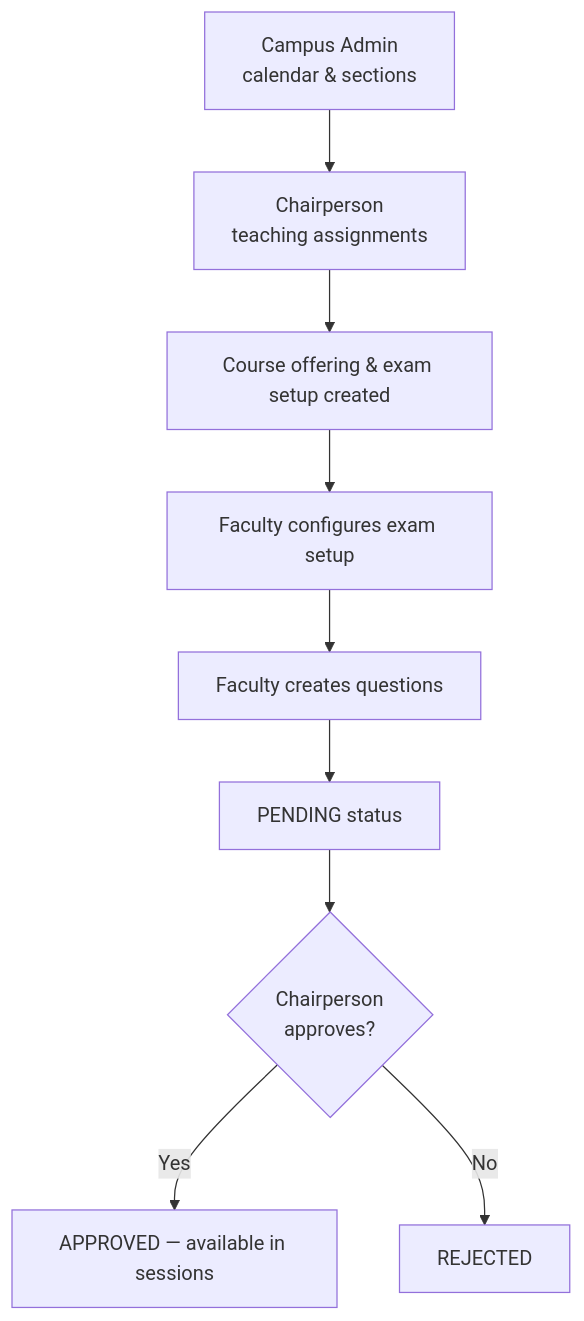
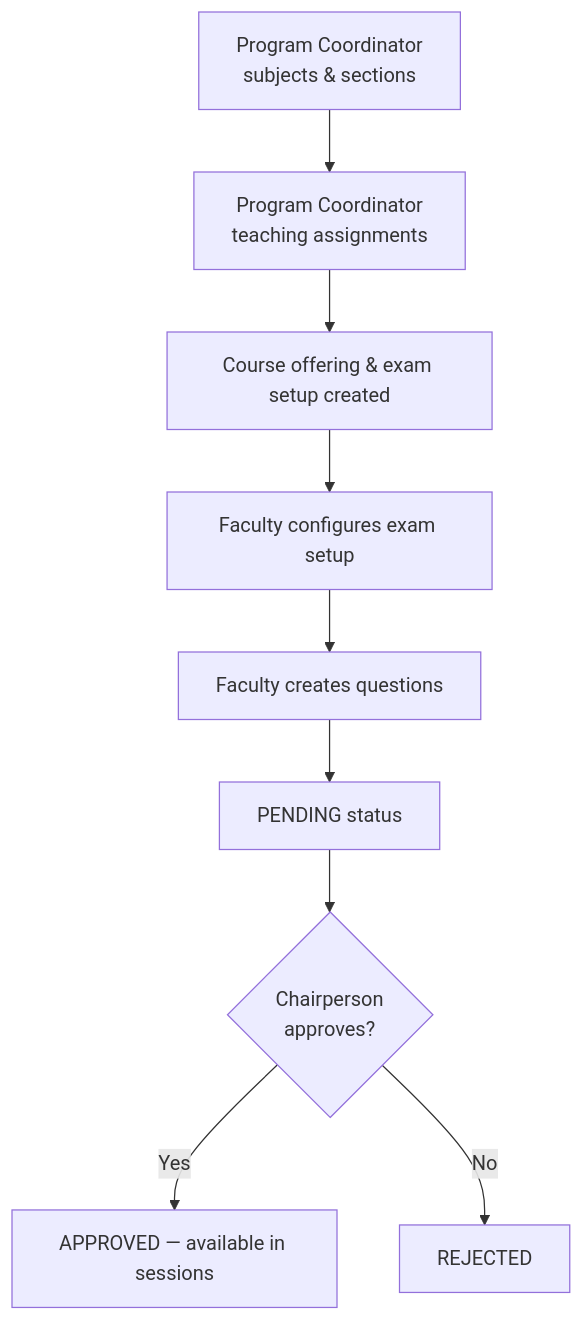
The fourth of 8 diagrams in docs/system-flow.md (RusselJae/ExamiQ-), drawn with Mermaid before and after one commit. The commit also changed other lines of this file and 160 other files, not shown here.

````diff
--- a/docs/system-flow.md
+++ b/docs/system-flow.md
@@ -142,11 +141,11 @@
 ```mermaid
 flowchart TD
-    CA[Campus Admin<br/>calendar & sections] --> CP[Chairperson<br/>teaching assignments]
+    CA[Program Coordinator<br/>subjects & sections] --> CP[Program Coordinator<br/>teaching assignments]
     CP --> CO[Course offering & exam setup created]
     CO --> FC[Faculty configures exam setup]
     FC --> QB[Faculty creates questions]
     QB --> PEND[PENDING status]
     PEND --> APR{Chairperson<br/>approves?}
     APR -->|Yes| ACTIVE[APPROVED — available in sessions]
     APR -->|No| REJ[REJECTED]
 ```
````
